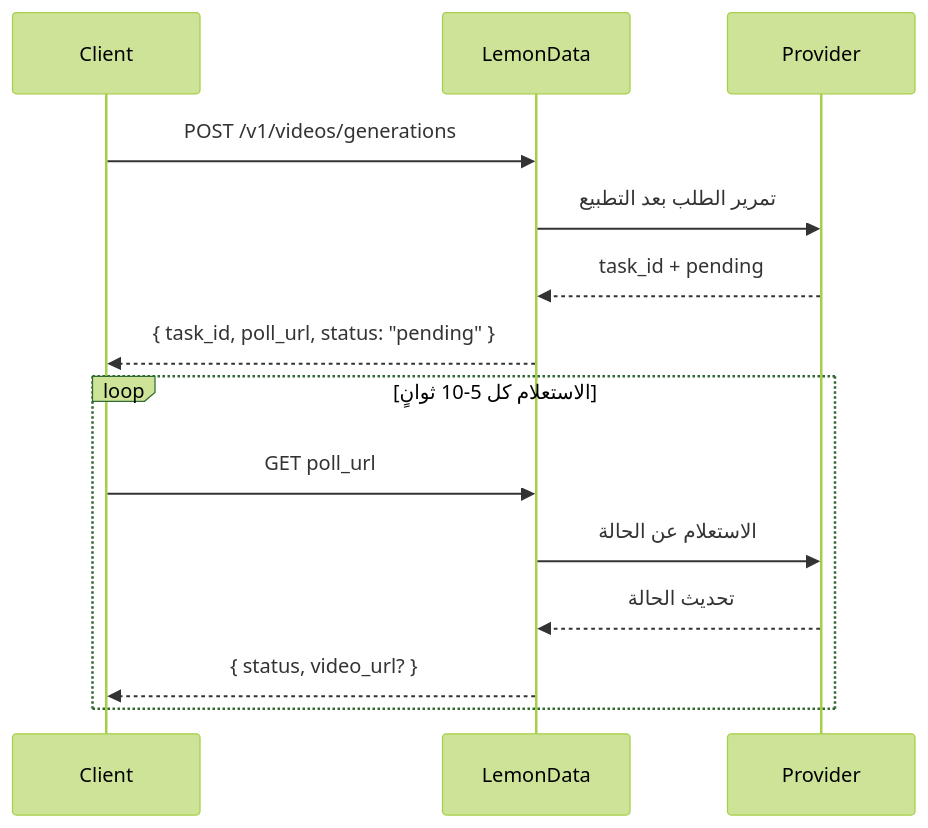
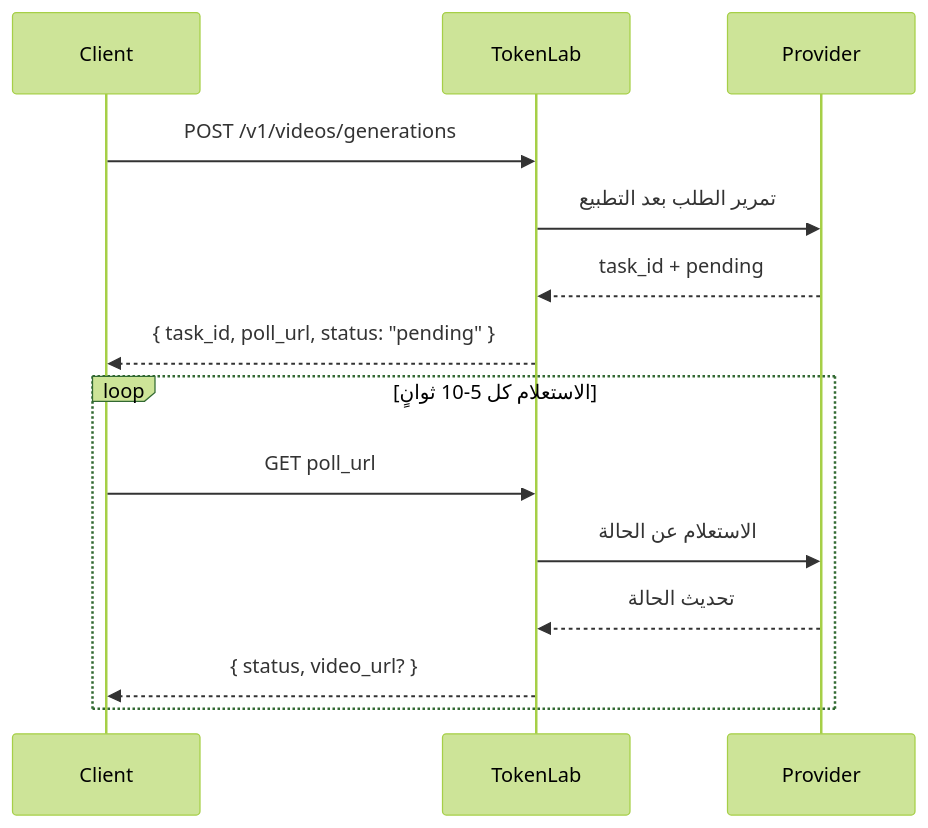
One commit to hedging8563/lemondata-docs changed the diagram in ar/guides/video-generation.mdx. Above: the diagram before and after it, drawn with Mermaid (forest theme). The commit also changed other lines of this file and 858 other files, not shown here.

````diff
--- a/ar/guides/video-generation.mdx
+++ b/ar/guides/video-generation.mdx
@@ -26,18 +26,18 @@
 ```mermaid
 sequenceDiagram
     participant Client
-    participant LemonData
+    participant TokenLab
     participant Provider
 
-    Client->>LemonData: POST /v1/videos/generations
-    LemonData->>Provider: تمرير الطلب بعد التطبيع
-    Provider-->>LemonData: task_id + pending
-    LemonData-->>Client: { task_id, poll_url, status: "pending" }
+    Client->>TokenLab: POST /v1/videos/generations
+    TokenLab->>Provider: تمرير الطلب بعد التطبيع
+    Provider-->>TokenLab: task_id + pending
+    TokenLab-->>Client: { task_id, poll_url, status: "pending" }
 
     loop الاستعلام كل 5-10 ثوانٍ
-        Client->>LemonData: GET poll_url
-        LemonData->>Provider: الاستعلام عن الحالة
-        Provider-->>LemonData: تحديث الحالة
-        LemonData-->>Client: { status, video_url? }
+        Client->>TokenLab: GET poll_url
+        TokenLab->>Provider: الاستعلام عن الحالة
+        Provider-->>TokenLab: تحديث الحالة
+        TokenLab-->>Client: { status, video_url? }
     end
 ```
````
